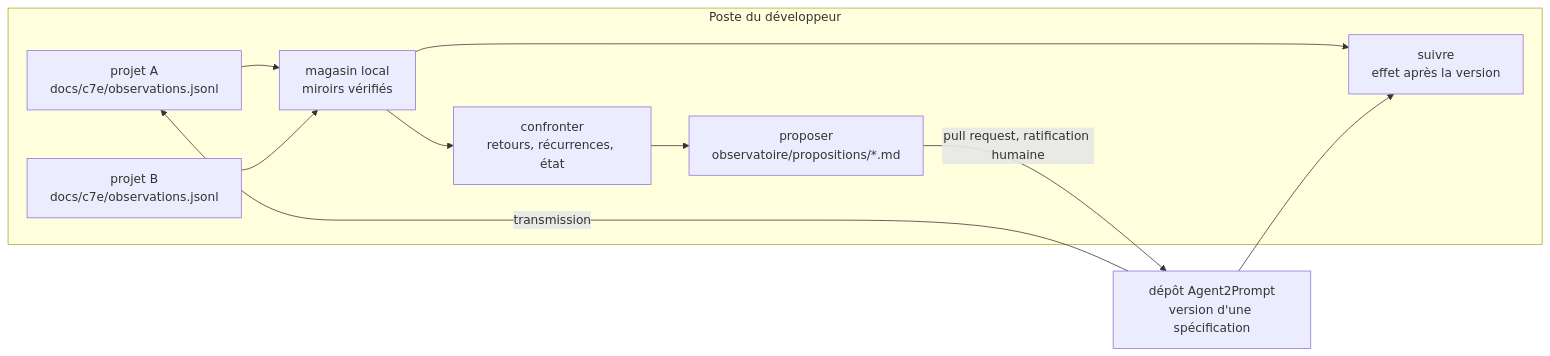
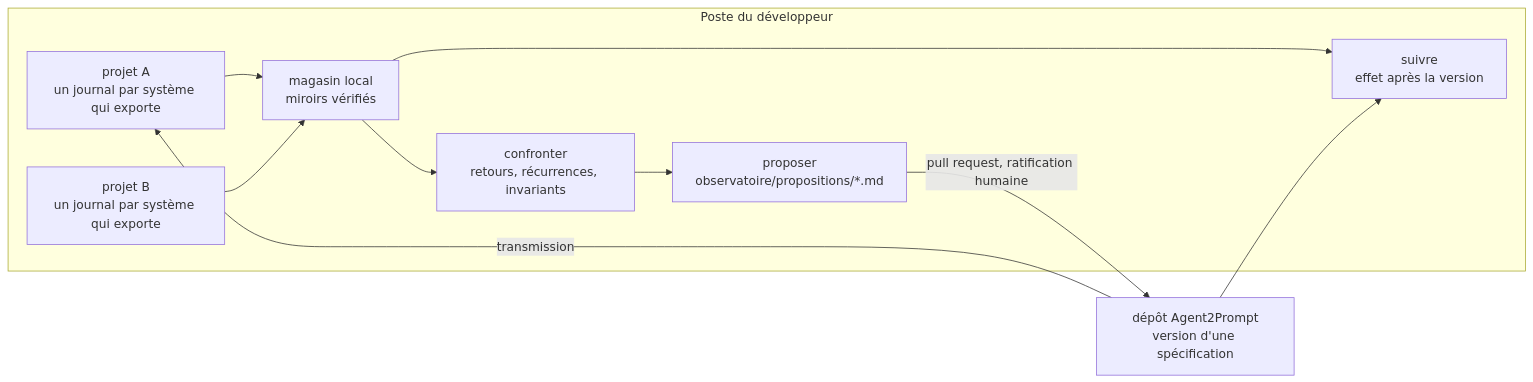
Before and after one commit to FredGarcia/Agent2Prompt: the diagram in specs/observatoire/SKILL.md, drawn with Mermaid. The commit also changed other lines of this file and 49 other files, not shown here.

````diff
--- a/specs/observatoire/SKILL.md
+++ b/specs/observatoire/SKILL.md
@@ -22,13 +22,13 @@
 ```mermaid
 flowchart LR
   subgraph POSTE["Poste du développeur"]
-    A["projet A<br/>docs/c7e/observations.jsonl"] --> M["magasin local<br/>miroirs vérifiés"]
-    B["projet B<br/>docs/c7e/observations.jsonl"] --> M
-    M --> C["confronter<br/>retours, récurrences, état"]
+    A["projet A<br/>un journal par système qui exporte"] --> M["magasin local<br/>miroirs vérifiés"]
+    B["projet B<br/>un journal par système qui exporte"] --> M
+    M --> C["confronter<br/>retours, récurrences, invariants"]
     C --> P["proposer<br/>observatoire/propositions/*.md"]
     M --> S["suivre<br/>effet après la version"]
   end
   P -->|"pull request, ratification humaine"| D["dépôt Agent2Prompt<br/>version d'une spécification"]
   D -->|"transmission"| A
   D --> S
 ```
````
